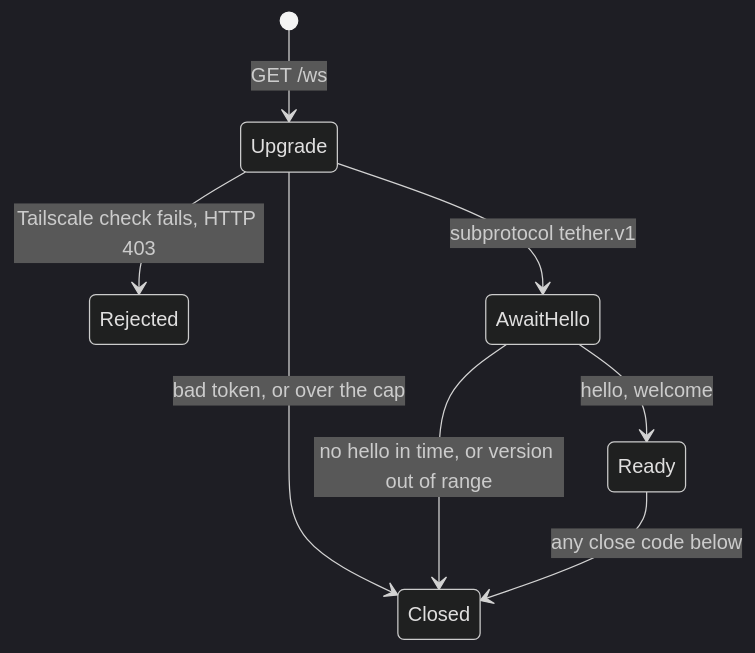
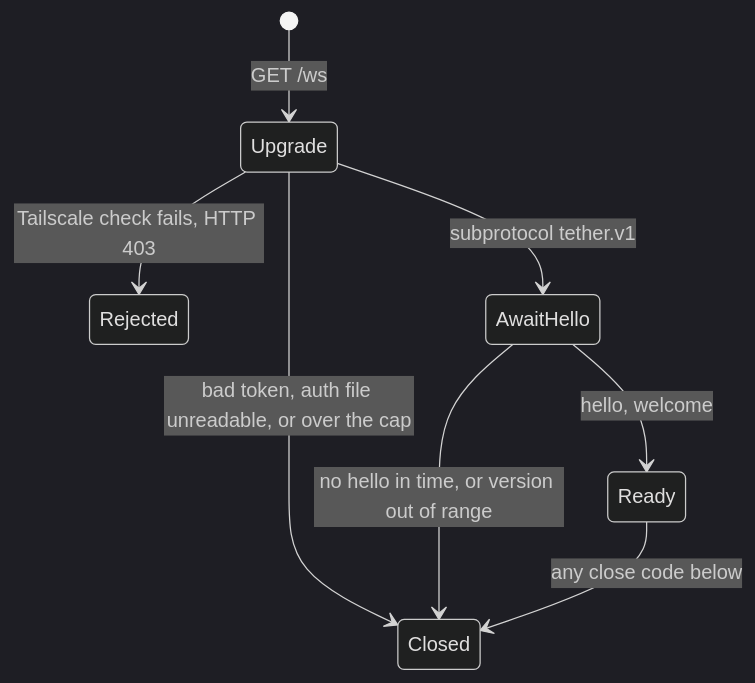
The fourth of 4 diagrams in docs/design/daemon-core.md (haowjy/tether), drawn with Mermaid (dark theme) before and after one commit. The commit also changed other lines of this file and 5 other files, not shown here.

````diff
--- a/docs/design/daemon-core.md
+++ b/docs/design/daemon-core.md
@@ -970,10 +992,10 @@
 ```mermaid
 stateDiagram-v2
   [*] --> Upgrade: GET /ws
   Upgrade --> Rejected: Tailscale check fails, HTTP 403
-  Upgrade --> Closed: bad token, or over the cap
+  Upgrade --> Closed: bad token, auth file unreadable, or over the cap
   Upgrade --> AwaitHello: subprotocol tether.v1
   AwaitHello --> Closed: no hello in time, or version out of range
   AwaitHello --> Ready: hello, welcome
   Ready --> Closed: any close code below
 ```
````
